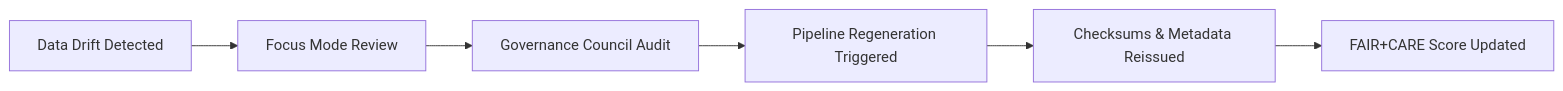
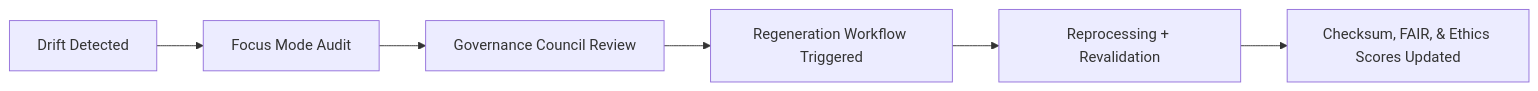
Before and after one commit to bartytime4life/Kansas-Frontier-Matrix: the second of 2 diagrams in data/ARCHITECTURE.md, drawn with Mermaid. The commit also changed other lines of this file, not shown here.

````diff
--- a/data/ARCHITECTURE.md
+++ b/data/ARCHITECTURE.md
@@ -154,8 +140,8 @@
 ```mermaid
 graph LR
-  A["Data Drift Detected"] --> B["Focus Mode Review"]
-  B --> C["Governance Council Audit"]
-  C --> D["Pipeline Regeneration Triggered"]
-  D --> E["Checksums & Metadata Reissued"]
-  E --> F["FAIR+CARE Score Updated"]
+  A["Drift Detected"] --> B["Focus Mode Audit"]
+  B --> C["Governance Council Review"]
+  C --> D["Regeneration Workflow Triggered"]
+  D --> E["Reprocessing + Revalidation"]
+  E --> F["Checksum, FAIR, & Ethics Scores Updated"]
 ```
````
